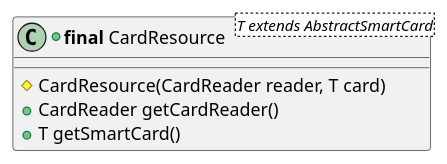
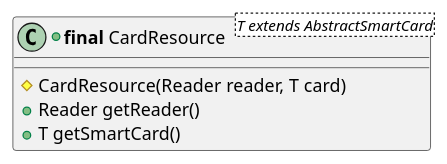
The sixth of 11 diagrams in src/KeypleCoreApi/puml/KeypleCore_CardSelection_ClassDiag_ClassElements.iuml (calypsonet/keyple), drawn with PlantUML before and after one commit. The commit also changed other lines of this file and 34 other files, not shown here.

```diff
--- a/src/KeypleCoreApi/puml/KeypleCore_CardSelection_ClassDiag_ClassElements.iuml
+++ b/src/KeypleCoreApi/puml/KeypleCore_CardSelection_ClassDiag_ClassElements.iuml
@@ -83,7 +83,7 @@
 @startuml(id=SELECTION_RESOURCE_1_0_0)
 +class "<b>final</b> CardResource<T extends AbstractSmartCard>" as CardResource_T {
-  #CardResource(CardReader reader, T card)
-  +CardReader getCardReader()
+  #CardResource(Reader reader, T card)
+  +Reader getReader()
   +T getSmartCard()
 }
 @enduml
```
